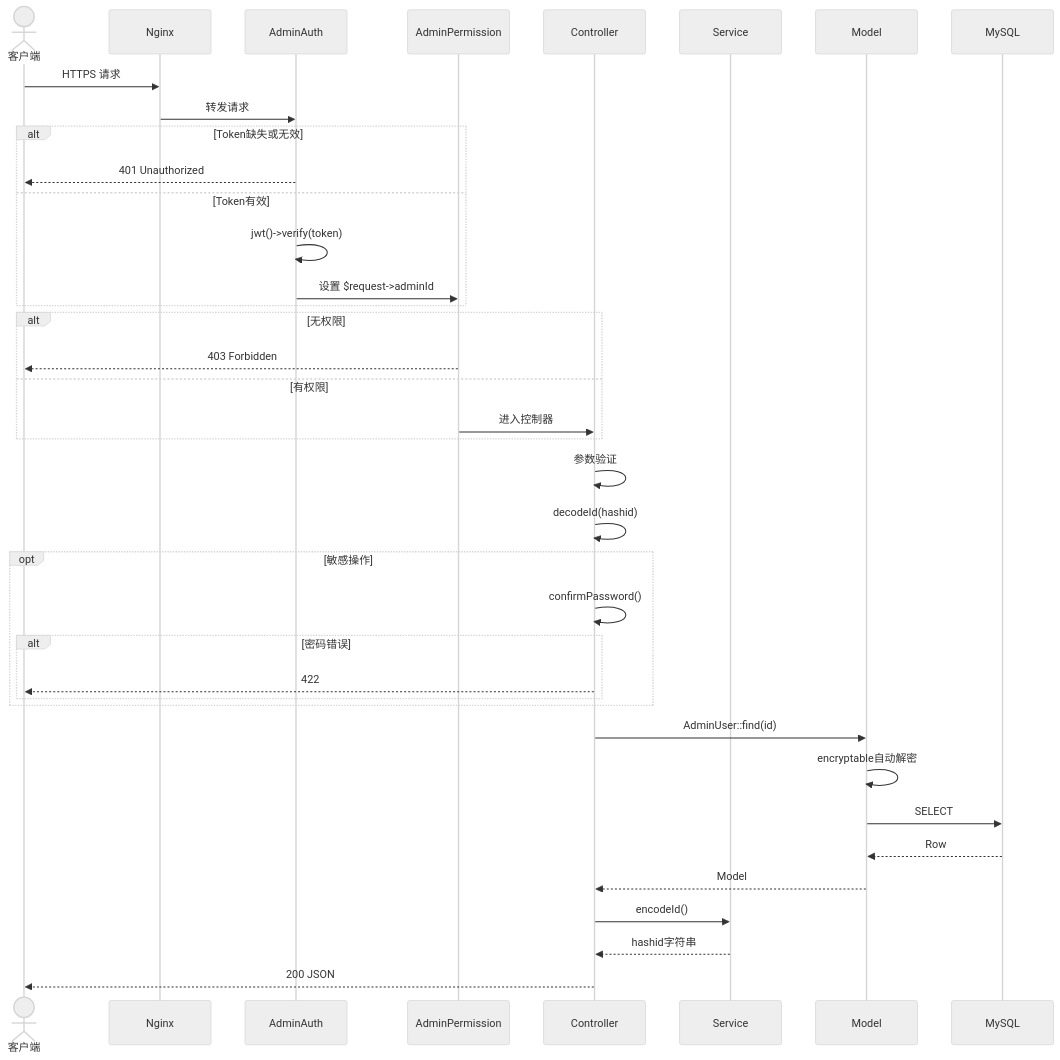
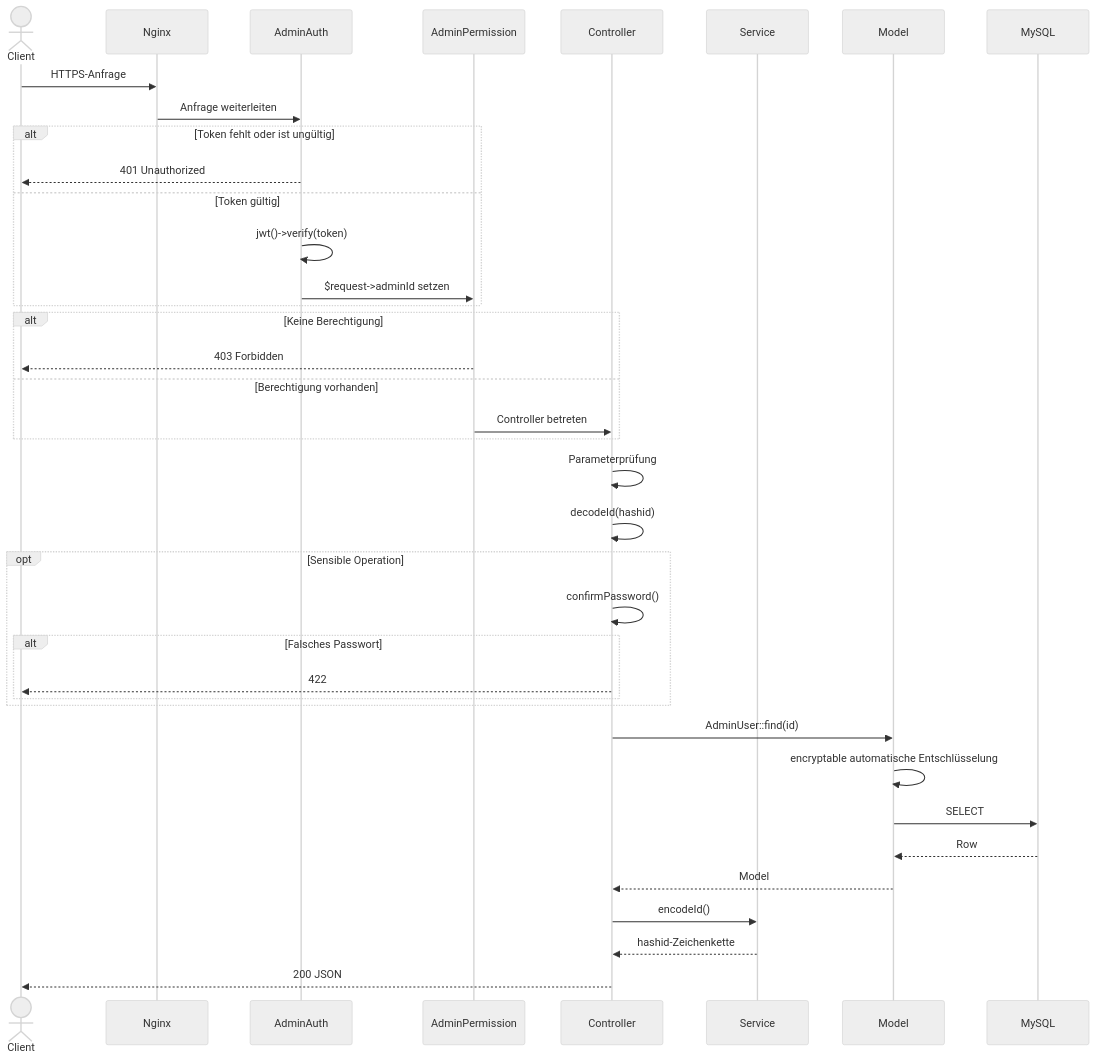
Before and after one commit to erikwang2013/game-platform-php: the diagram in admin/docs/diagrams/03-request-lifecycle.de.md, drawn with Mermaid (neutral theme). The commit also changed 211 other files, not shown here.

First line of the commit message:
fix: 支付配置读回类型根治、提现事件对账巡检，12 语族 mermaid 与 API 标签本地化

````diff
--- a/admin/docs/diagrams/03-request-lifecycle.de.md
+++ b/admin/docs/diagrams/03-request-lifecycle.de.md
@@ -7,48 +7,48 @@
 ```mermaid
 sequenceDiagram
-    actor C as 客户端
+    actor C as Client
     participant N as Nginx
     participant MW1 as AdminAuth
     participant MW2 as AdminPermission
     participant CTL as Controller
     participant SVC as Service
     participant MDL as Model
     participant DB as MySQL
 
-    C->>N: HTTPS 请求
-    N->>MW1: 转发请求
+    C->>N: HTTPS-Anfrage
+    N->>MW1: Anfrage weiterleiten
 
-    alt Token缺失或无效
+    alt Token fehlt oder ist ungültig
         MW1-->>C: 401 Unauthorized
-    else Token有效
+    else Token gültig
         MW1->>MW1: jwt()->verify(token)
-        MW1->>MW2: 设置 $request->adminId
+        MW1->>MW2: $request->adminId setzen
     end
 
-    alt 无权限
+    alt Keine Berechtigung
         MW2-->>C: 403 Forbidden
-    else 有权限
-        MW2->>CTL: 进入控制器
+    else Berechtigung vorhanden
+        MW2->>CTL: Controller betreten
     end
 
-    CTL->>CTL: 参数验证
+    CTL->>CTL: Parameterprüfung
     CTL->>CTL: decodeId(hashid)
 
-    opt 敏感操作
+    opt Sensible Operation
         CTL->>CTL: confirmPassword()
-        alt 密码错误
+        alt Falsches Passwort
             CTL-->>C: 422
         end
     end
 
     CTL->>MDL: AdminUser::find(id)
-    MDL->>MDL: encryptable自动解密
+    MDL->>MDL: encryptable automatische Entschlüsselung
     MDL->>DB: SELECT
     DB-->>MDL: Row
     MDL-->>CTL: Model
 
     CTL->>SVC: encodeId()
-    SVC-->>CTL: hashid字符串
+    SVC-->>CTL: hashid-Zeichenkette
 
     CTL-->>C: 200 JSON
 ```
````
